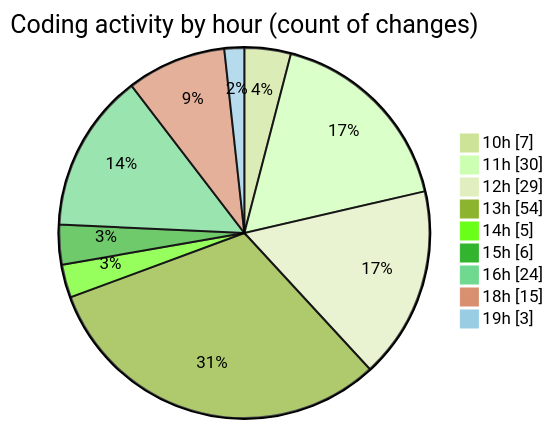
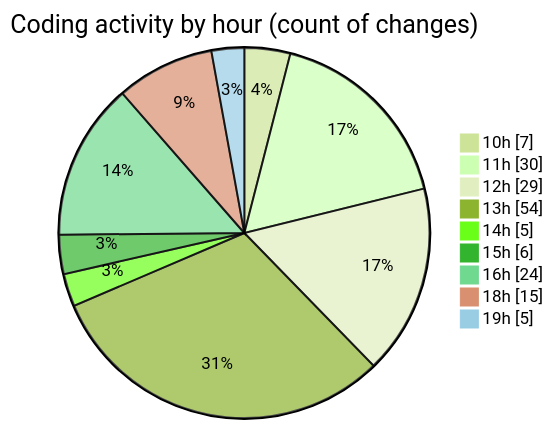
The second of 2 diagrams in 2025-06-26/cda/README.md (momahboobian/code-tracking), drawn with Mermaid (forest theme) before and after one commit. The commit also changed other lines of this file and 1 other file, not shown here.

````diff
--- a/2025-06-26/cda/README.md
+++ b/2025-06-26/cda/README.md
@@ -44,13 +44,13 @@
 ```mermaid
 pie showData
 title Coding activity by hour (count of changes)
 "10h" : 7
 "11h" : 30
 "12h" : 29
 "13h" : 54
 "14h" : 5
 "15h" : 6
 "16h" : 24
 "18h" : 15
-"19h" : 3
+"19h" : 5
 ```
````
